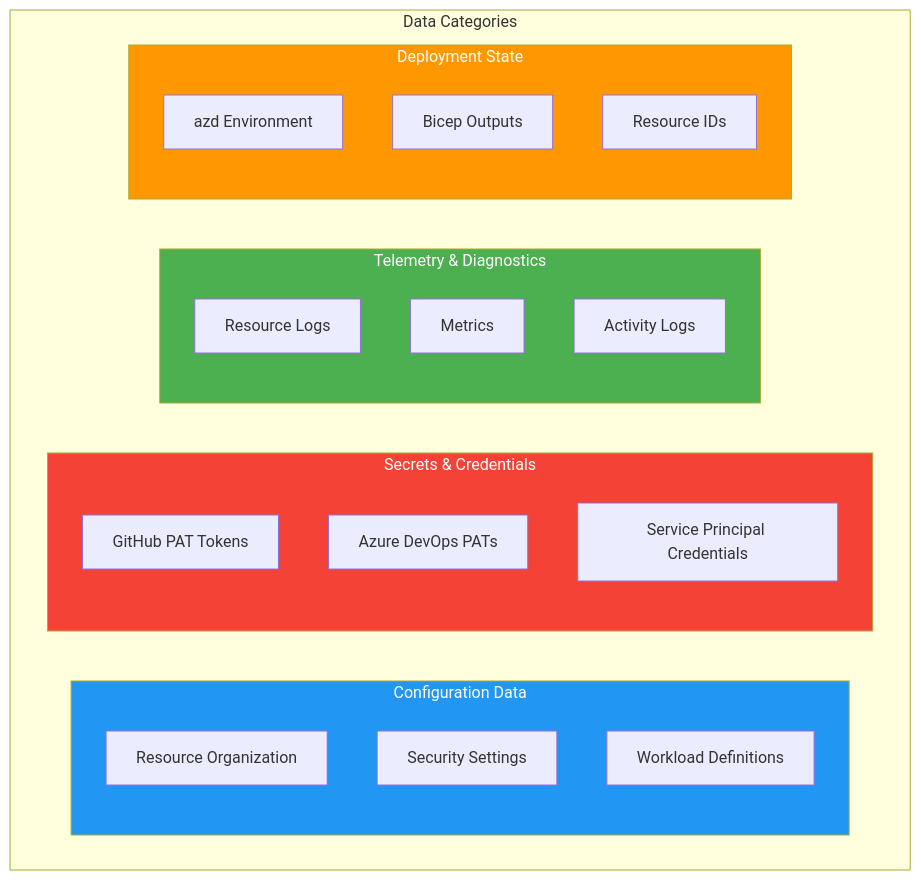
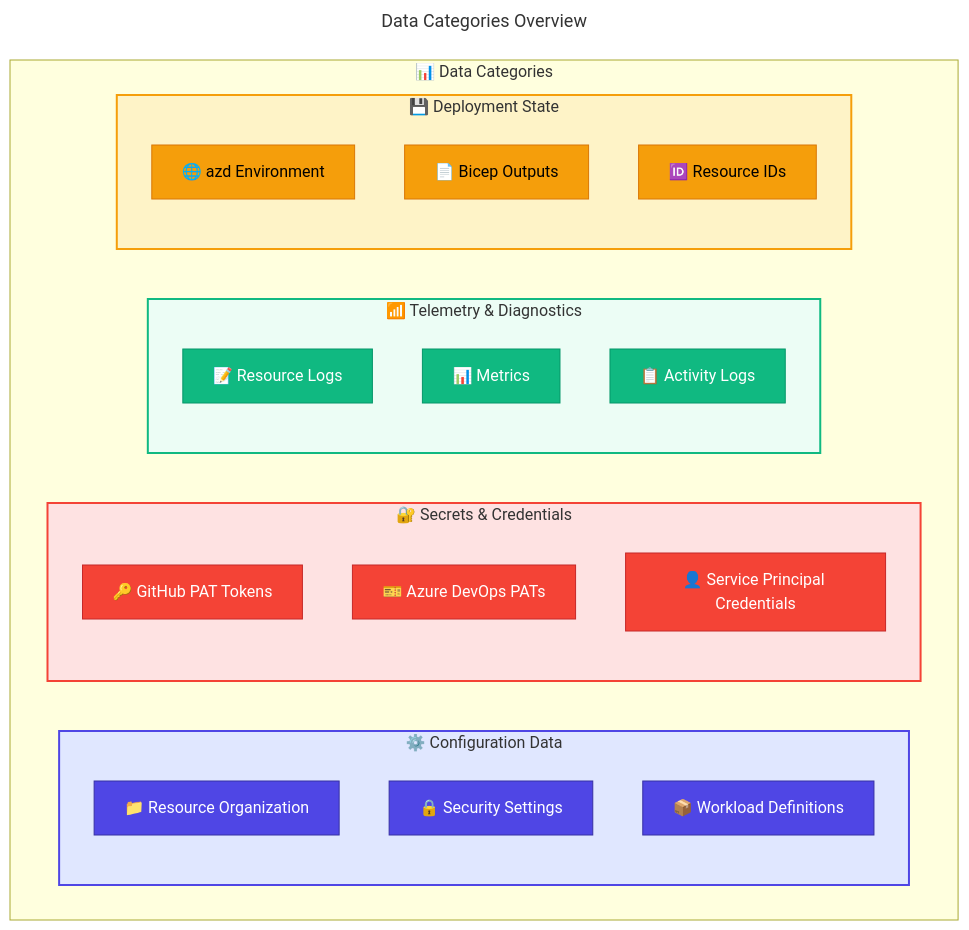
The first of 7 diagrams in docs/architecture/02-data-architecture.md (Evilazaro/DevExp-DevBox), drawn with Mermaid before and after one commit. The commit also changed other lines of this file and 2 other files, not shown here.

Commit message:
Enhance documentation for architecture files by adding titles to diagrams, improving section titles, and incorporating emojis for better clarity and navigation.

````diff
--- a/docs/architecture/02-data-architecture.md
+++ b/docs/architecture/02-data-architecture.md
@@ -61,33 +61,52 @@
 ```mermaid
+---
+title: Data Categories Overview
+---
 flowchart TB
-    subgraph DataCategories["Data Categories"]
-        subgraph Config["Configuration Data"]
-            C1["Resource Organization"]
-            C2["Security Settings"]
-            C3["Workload Definitions"]
+    %% ===== DATA CATEGORIES =====
+    subgraph DataCategories["📊 Data Categories"]
+        %% ===== CONFIGURATION DATA =====
+        subgraph Config["⚙️ Configuration Data"]
+            C1["📁 Resource Organization"]
+            C2["🔒 Security Settings"]
+            C3["📦 Workload Definitions"]
         end
         
-        subgraph Secrets["Secrets & Credentials"]
-            S1["GitHub PAT Tokens"]
-            S2["Azure DevOps PATs"]
-            S3["Service Principal Credentials"]
+        %% ===== SECRETS & CREDENTIALS =====
+        subgraph Secrets["🔐 Secrets & Credentials"]
+            S1["🔑 GitHub PAT Tokens"]
+            S2["🎫 Azure DevOps PATs"]
+            S3["👤 Service Principal Credentials"]
         end
         
-        subgraph Telemetry["Telemetry & Diagnostics"]
-            T1["Resource Logs"]
-            T2["Metrics"]
-            T3["Activity Logs"]
+        %% ===== TELEMETRY & DIAGNOSTICS =====
+        subgraph Telemetry["📶 Telemetry & Diagnostics"]
+            T1["📝 Resource Logs"]
+            T2["📊 Metrics"]
+            T3["📋 Activity Logs"]
         end
         
-        subgraph State["Deployment State"]
-            ST1["azd Environment"]
-            ST2["Bicep Outputs"]
-            ST3["Resource IDs"]
+        %% ===== DEPLOYMENT STATE =====
+        subgraph State["💾 Deployment State"]
+            ST1["🌐 azd Environment"]
+            ST2["📄 Bicep Outputs"]
+            ST3["🆔 Resource IDs"]
         end
     end
     
-    style Config fill:#2196F3,color:#fff
-    style Secrets fill:#F44336,color:#fff
-    style Telemetry fill:#4CAF50,color:#fff
-    style State fill:#FF9800,color:#fff
+    %% ===== STYLES =====
+    classDef primary fill:#4F46E5,stroke:#3730A3,color:#FFFFFF
+    classDef failed fill:#F44336,stroke:#C62828,color:#FFFFFF
+    classDef secondary fill:#10B981,stroke:#059669,color:#FFFFFF
+    classDef datastore fill:#F59E0B,stroke:#D97706,color:#000000
+    
+    class C1,C2,C3 primary
+    class S1,S2,S3 failed
+    class T1,T2,T3 secondary
+    class ST1,ST2,ST3 datastore
+    
+    style Config fill:#E0E7FF,stroke:#4F46E5,stroke-width:2px
+    style Secrets fill:#FEE2E2,stroke:#F44336,stroke-width:2px
+    style Telemetry fill:#ECFDF5,stroke:#10B981,stroke-width:2px
+    style State fill:#FEF3C7,stroke:#F59E0B,stroke-width:2px
 ```
````
